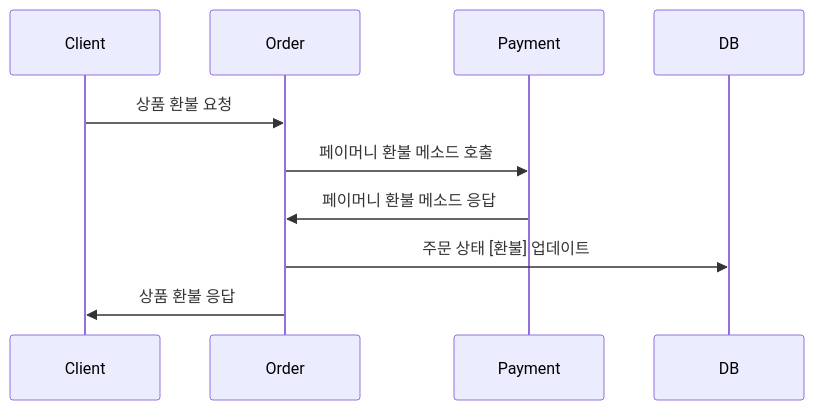
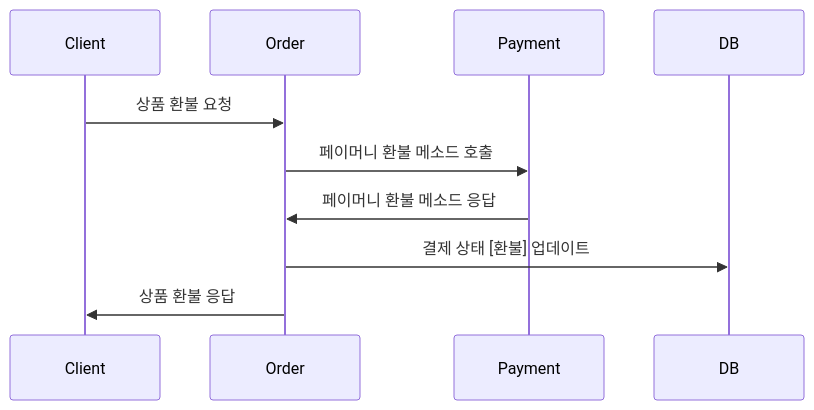
Before and after one commit to sungjunjin/til: the sixth of 7 diagrams in project/project_api.md, drawn with Mermaid. The commit also changed other lines of this file, not shown here.

````diff
--- a/project/project_api.md
+++ b/project/project_api.md
@@ -196,9 +600,9 @@
     ```mermaid
     sequenceDiagram
         Client ->>  Order : 상품 환불 요청
     		Order ->> Payment : 페이머니 환불 메소드 호출
     		Payment ->> Order : 페이머니 환불 메소드 응답
         
-        Order ->> DB : 주문 상태 [환불] 업데이트
+        Order ->> DB : 결제 상태 [환불] 업데이트
         Order ->> Client : 상품 환불 응답
     ```
````
